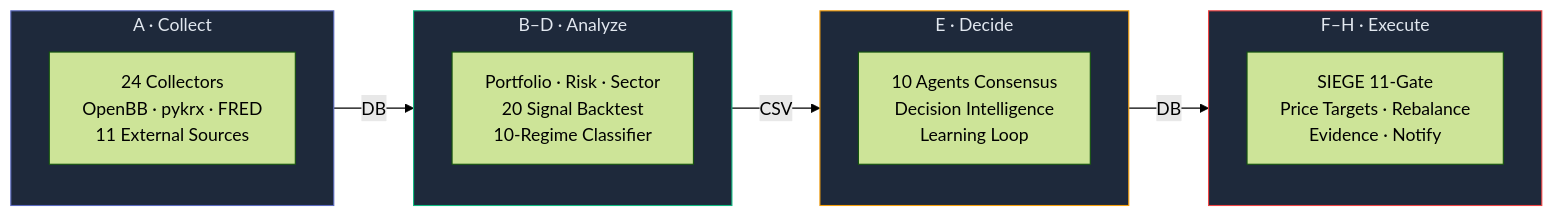
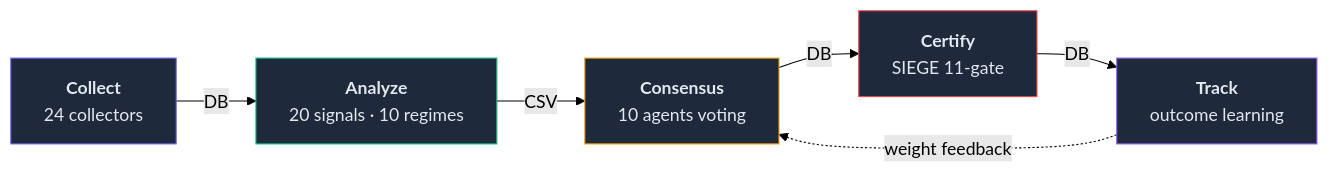
The diagram in README.md (researcherhojin/nuri-quant), drawn with Mermaid (forest theme) before and after one commit. The commit also changed other lines of this file, not shown here.

First line of the commit message:
docs: rigorous README rewrite — accurate facts, clean Mermaid, no bloat (#191)

````diff
--- a/README.md
+++ b/README.md
@@ -17,22 +17,17 @@
 ```mermaid
-graph LR
-    subgraph Collect ["A · Collect"]
-        D1["24 Collectors<br/>OpenBB · pykrx · FRED<br/>11 External Sources"]
-    end
-    subgraph Analyze ["B–D · Analyze"]
-        D2["Portfolio · Risk · Sector<br/>20 Signal Backtest<br/>10-Regime Classifier"]
-    end
-    subgraph Decide ["E · Decide"]
-        D3["10 Agents Consensus<br/>Decision Intelligence<br/>Learning Loop"]
-    end
-    subgraph Execute ["F–H · Execute"]
-        D4["SIEGE 11-Gate<br/>Price Targets · Rebalance<br/>Evidence · Notify"]
-    end
+flowchart LR
+    A["<b>Collect</b><br/>24 collectors"]
+    B["<b>Analyze</b><br/>20 signals · 10 regimes"]
+    C["<b>Consensus</b><br/>10 agents voting"]
+    D["<b>Certify</b><br/>SIEGE 11-gate"]
+    E["<b>Track</b><br/>outcome learning"]
 
-    Collect -->|"DB"| Analyze -->|"CSV"| Decide -->|"DB"| Execute
+    A -- DB --> B -- CSV --> C -- DB --> D -- DB --> E
+    E -. "weight feedback" .-> C
 
-    style Collect fill:#1e293b,stroke:#5c6bc0,color:#e2e8f0
-    style Analyze fill:#1e293b,stroke:#10b981,color:#e2e8f0
-    style Decide fill:#1e293b,stroke:#f59e0b,color:#e2e8f0
-    style Execute fill:#1e293b,stroke:#ef4444,color:#e2e8f0
+    style A fill:#1e293b,stroke:#6366f1,color:#e2e8f0
+    style B fill:#1e293b,stroke:#10b981,color:#e2e8f0
+    style C fill:#1e293b,stroke:#f59e0b,color:#e2e8f0
+    style D fill:#1e293b,stroke:#ef4444,color:#e2e8f0
+    style E fill:#1e293b,stroke:#8b5cf6,color:#e2e8f0
 ```
````
